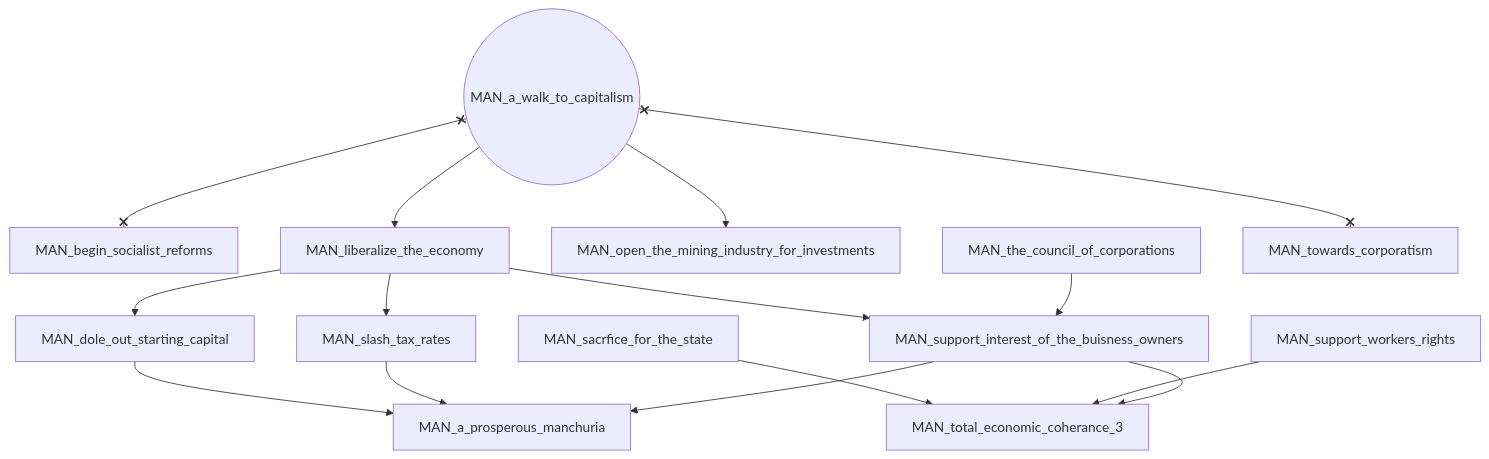
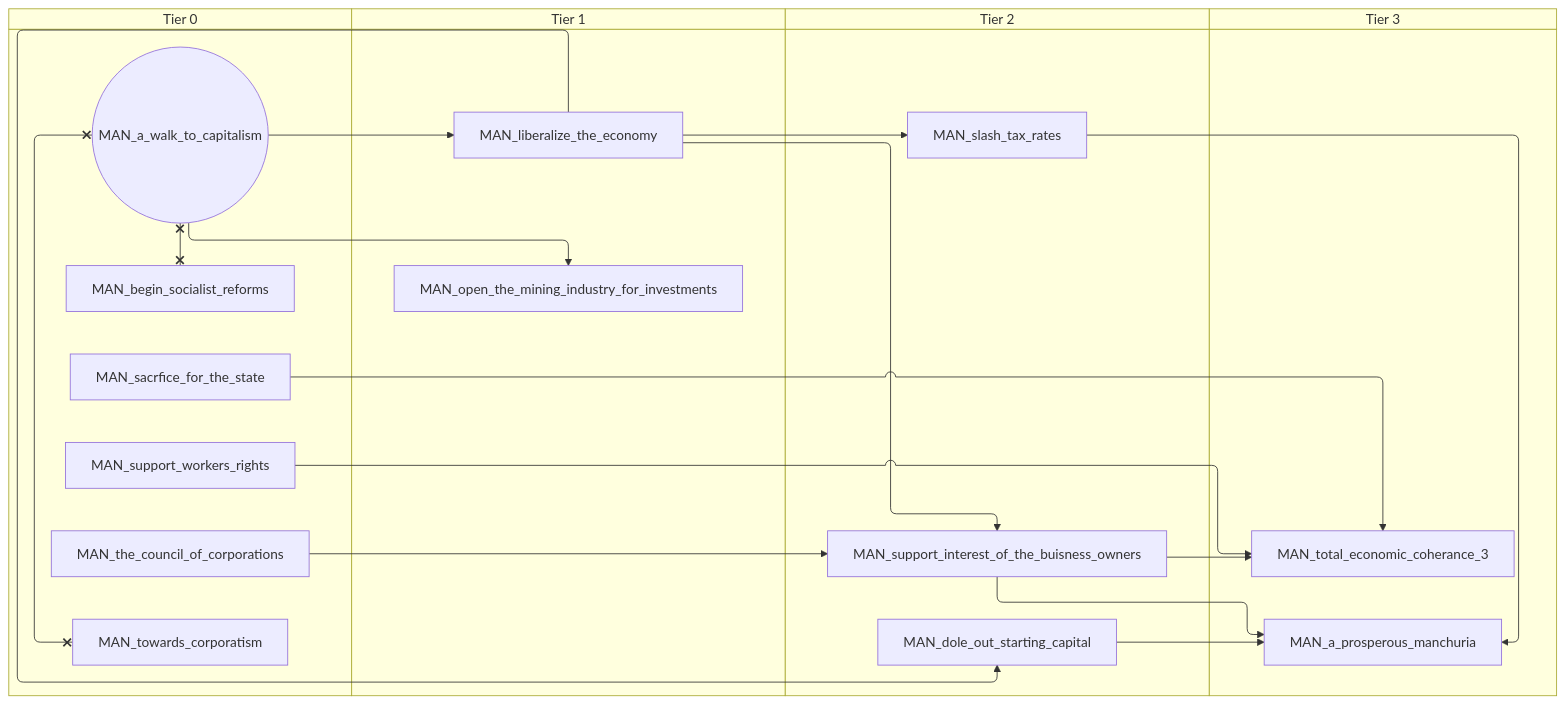
The first of 6 diagrams in docs/gdd/National Focuses/r56/manchukuo.md (evgeny-sobol/hoi4-sandbox-mode-r56), drawn with Mermaid before and after one commit. The commit also changed other lines of this file and 423 other files, not shown here.

First line of the commit message:
Re-export Rt56 focus trees as swimlane diagrams

````diff
--- a/docs/gdd/National Focuses/r56/manchukuo.md
+++ b/docs/gdd/National Focuses/r56/manchukuo.md
@@ -3,30 +3,38 @@
 ```mermaid
-flowchart TD
-    n1["MAN_a_prosperous_manchuria"]
-    n2(("MAN_a_walk_to_capitalism"))
-    n3["MAN_begin_socialist_reforms"]
-    n4["MAN_dole_out_starting_capital"]
-    n5["MAN_liberalize_the_economy"]
-    n6["MAN_open_the_mining_industry_for_investments"]
-    n7["MAN_sacrfice_for_the_state"]
-    n8["MAN_slash_tax_rates"]
-    n9["MAN_support_interest_of_the_buisness_owners"]
-    n10["MAN_support_workers_rights"]
-    n11["MAN_the_council_of_corporations"]
-    n12["MAN_total_economic_coherance_3"]
-    n13["MAN_towards_corporatism"]
-    n4 --> n1
-    n8 --> n1
-    n9 --> n1
-    n5 --> n4
-    n2 --> n5
-    n2 --> n6
-    n5 --> n8
-    n5 --> n9
-    n11 --> n9
-    n7 --> n12
+swimlane-beta TD
+    subgraph tier_0["Tier 0"]
+        n1(("MAN_a_walk_to_capitalism"))
+        n2["MAN_begin_socialist_reforms"]
+        n3["MAN_sacrfice_for_the_state"]
+        n4["MAN_support_workers_rights"]
+        n5["MAN_the_council_of_corporations"]
+        n6["MAN_towards_corporatism"]
+    end
+    subgraph tier_1["Tier 1"]
+        n7["MAN_liberalize_the_economy"]
+        n8["MAN_open_the_mining_industry_for_investments"]
+    end
+    subgraph tier_2["Tier 2"]
+        n9["MAN_dole_out_starting_capital"]
+        n10["MAN_slash_tax_rates"]
+        n11["MAN_support_interest_of_the_buisness_owners"]
+    end
+    subgraph tier_3["Tier 3"]
+        n12["MAN_a_prosperous_manchuria"]
+        n13["MAN_total_economic_coherance_3"]
+    end
+    n9 --> n12
     n10 --> n12
-    n9 --> n12
-    n2 x--x n3
-    n2 x--x n13
+    n11 --> n12
+    n7 --> n9
+    n1 --> n7
+    n1 --> n8
+    n7 --> n10
+    n7 --> n11
+    n5 --> n11
+    n3 --> n13
+    n4 --> n13
+    n11 --> n13
+    n1 x--x n2
+    n1 x--x n6
 ```
````
